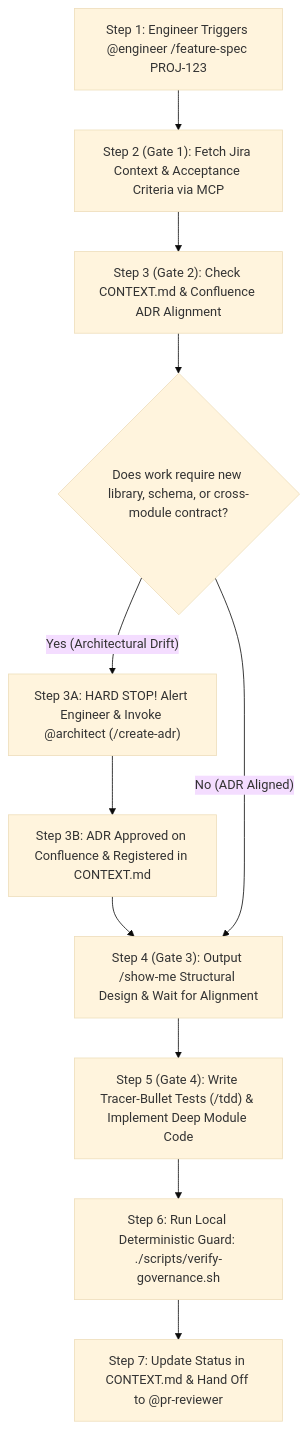
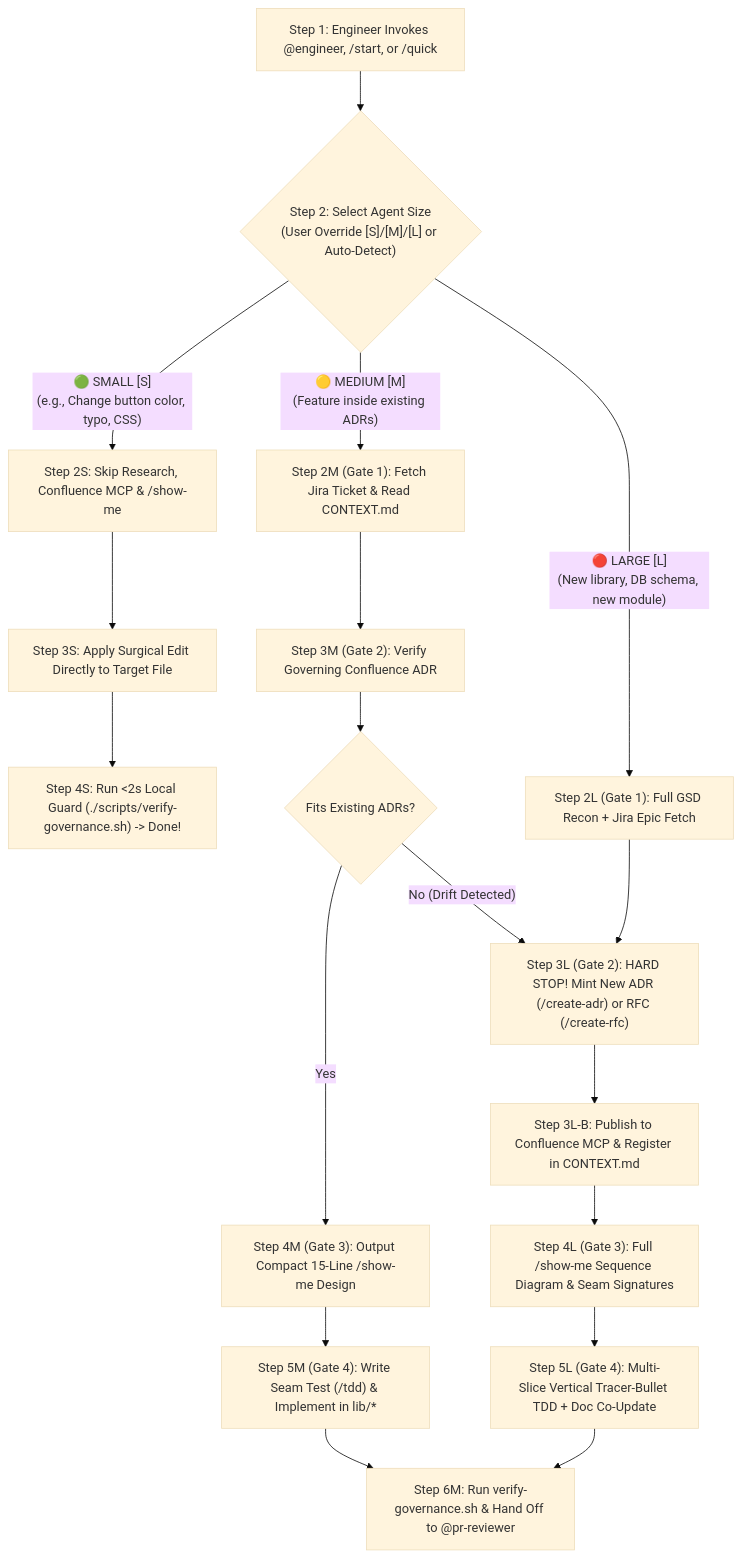
The fourth of 6 diagrams in README.md (bpoti001/software-factory), drawn with Mermaid (base theme) before and after one commit. The commit also changed other lines of this file and 6 other files, not shown here.

Commit message:
feat: add Small/Medium/Large adaptive agent sizing with user override and zero-research fast-track

````diff
--- a/README.md
+++ b/README.md
@@ -165,17 +227,26 @@
 ```mermaid
 flowchart TD
-    S1["Step 1: Engineer Triggers @engineer /feature-spec PROJ-123"] --> S2["Step 2 (Gate 1): Fetch Jira Context & Acceptance Criteria via MCP"]
-    S2 --> S3["Step 3 (Gate 2): Check CONTEXT.md & Confluence ADR Alignment"]
-    
-    S3 --> S3Decision{"Does work require new library, schema, or cross-module contract?"}
-    
-    S3Decision -->|"Yes (Architectural Drift)"| S3Stop["Step 3A: HARD STOP! Alert Engineer & Invoke @architect (/create-adr)"]
-    S3Stop --> S3Resume["Step 3B: ADR Approved on Confluence & Registered in CONTEXT.md"]
-    S3Resume --> S4
-    
-    S3Decision -->|"No (ADR Aligned)"| S4["Step 4 (Gate 3): Output /show-me Structural Design & Wait for Alignment"]
-    
-    S4 --> S5["Step 5 (Gate 4): Write Tracer-Bullet Tests (/tdd) & Implement Deep Module Code"]
-    S5 --> S6["Step 6: Run Local Deterministic Guard: ./scripts/verify-governance.sh"]
-    S6 --> S7["Step 7: Update Status in CONTEXT.md & Hand Off to @pr-reviewer"]
+    S1["Step 1: Engineer Invokes @engineer, /start, or /quick"] --> S2{"Step 2: Select Agent Size\n(User Override [S]/[M]/[L] or Auto-Detect)"}
+
+    %% SMALL PATH
+    S2 -->|"🟢 SMALL [S]\n(e.g., Change button color, typo, CSS)"| S2S["Step 2S: Skip Research, Confluence MCP & /show-me"]
+    S2S --> S3S["Step 3S: Apply Surgical Edit Directly to Target File"]
+    S3S --> S4S["Step 4S: Run <2s Local Guard (./scripts/verify-governance.sh) -> Done!"]
+
+    %% MEDIUM PATH
+    S2 -->|"🟡 MEDIUM [M]\n(Feature inside existing ADRs)"| S2M["Step 2M (Gate 1): Fetch Jira Ticket & Read CONTEXT.md"]
+    S2M --> S3M["Step 3M (Gate 2): Verify Governing Confluence ADR"]
+    S3M --> S3MCheck{"Fits Existing ADRs?"}
+    S3MCheck -->|"No (Drift Detected)"| S3L
+    S3MCheck -->|"Yes"| S4M["Step 4M (Gate 3): Output Compact 15-Line /show-me Design"]
+    S4M --> S5M["Step 5M (Gate 4): Write Seam Test (/tdd) & Implement in lib/*"]
+    S5M --> S6M["Step 6M: Run verify-governance.sh & Hand Off to @pr-reviewer"]
+
+    %% LARGE PATH
+    S2 -->|"🔴 LARGE [L]\n(New library, DB schema, new module)"| S2L["Step 2L (Gate 1): Full GSD Recon + Jira Epic Fetch"]
+    S2L --> S3L["Step 3L (Gate 2): HARD STOP! Mint New ADR (/create-adr) or RFC (/create-rfc)"]
+    S3L --> S3LPub["Step 3L-B: Publish to Confluence MCP & Register in CONTEXT.md"]
+    S3LPub --> S4L["Step 4L (Gate 3): Full /show-me Sequence Diagram & Seam Signatures"]
+    S4L --> S5L["Step 5L (Gate 4): Multi-Slice Vertical Tracer-Bullet TDD + Doc Co-Update"]
+    S5L --> S6M
 ```
````
